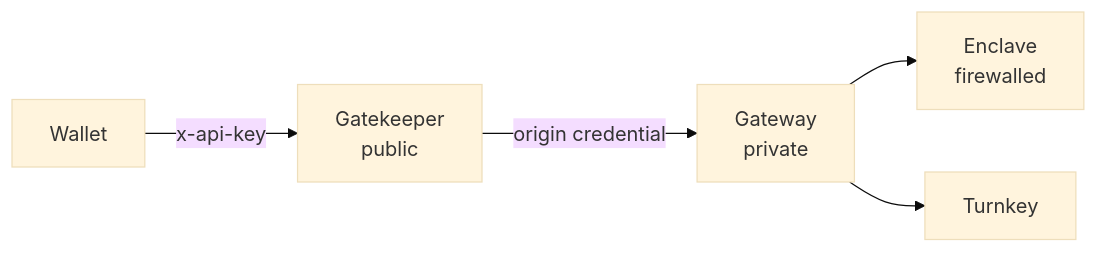
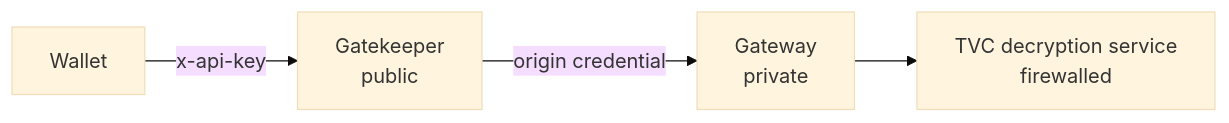
One commit to helius-labs/spr-tvc changed the first of 3 diagrams in docs/spec.md. Above: the diagram before and after it, drawn with Mermaid (base theme). The commit also changed other lines of this file and 57 other files, not shown here.

````diff
--- a/docs/spec.md
+++ b/docs/spec.md
@@ -27,13 +27,11 @@
 ```mermaid
 flowchart LR
   Wallet[Wallet]
   Gatekeeper[Gatekeeper<br/>public]
   Gateway[Gateway<br/>private]
-  Enclave[Enclave<br/>firewalled]
-  Turnkey[Turnkey]
+  Service["TVC decryption service<br/>firewalled"]
 
   Wallet -->|x-api-key| Gatekeeper
   Gatekeeper -->|origin credential| Gateway
-  Gateway --> Enclave
-  Gateway --> Turnkey
+  Gateway --> Service
 ```
````
